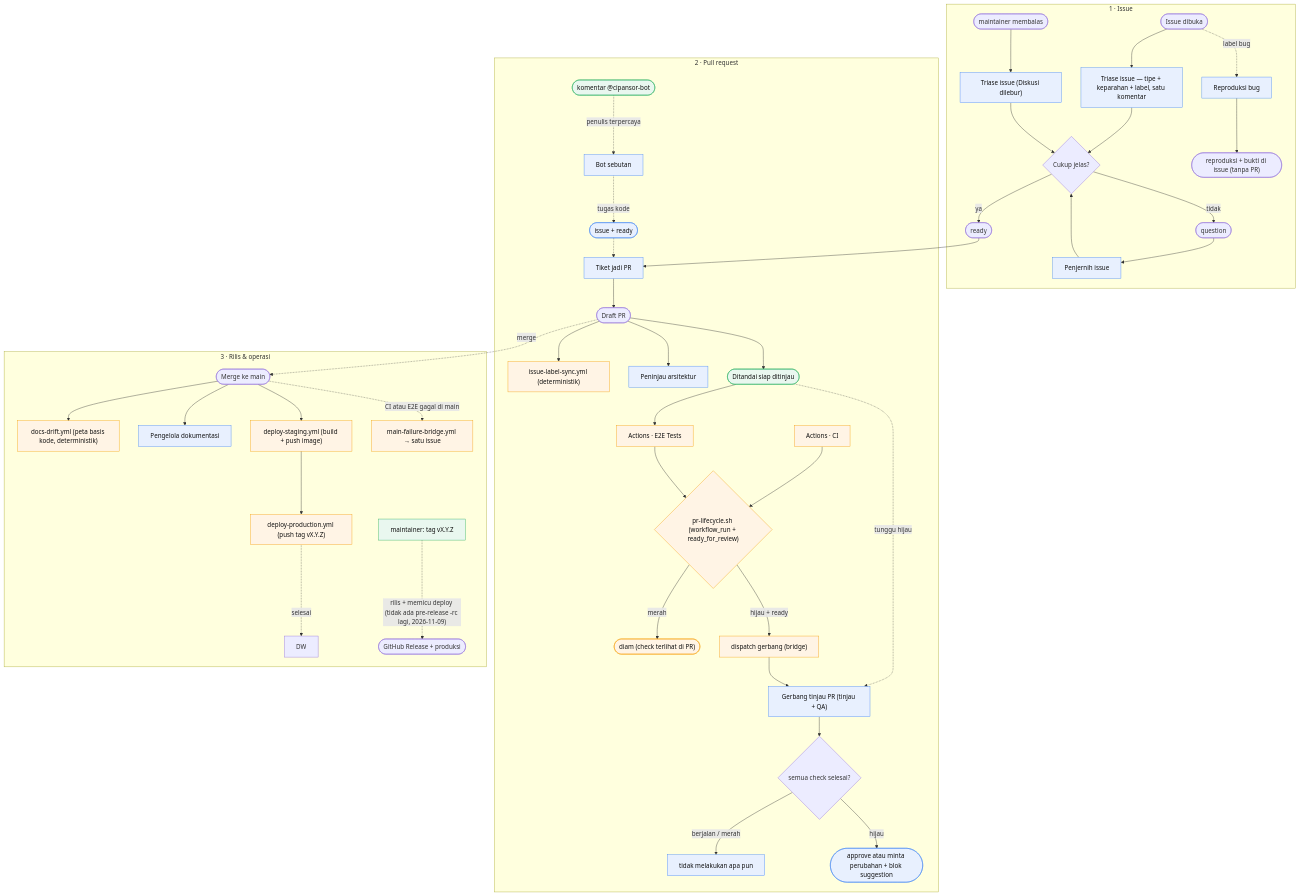
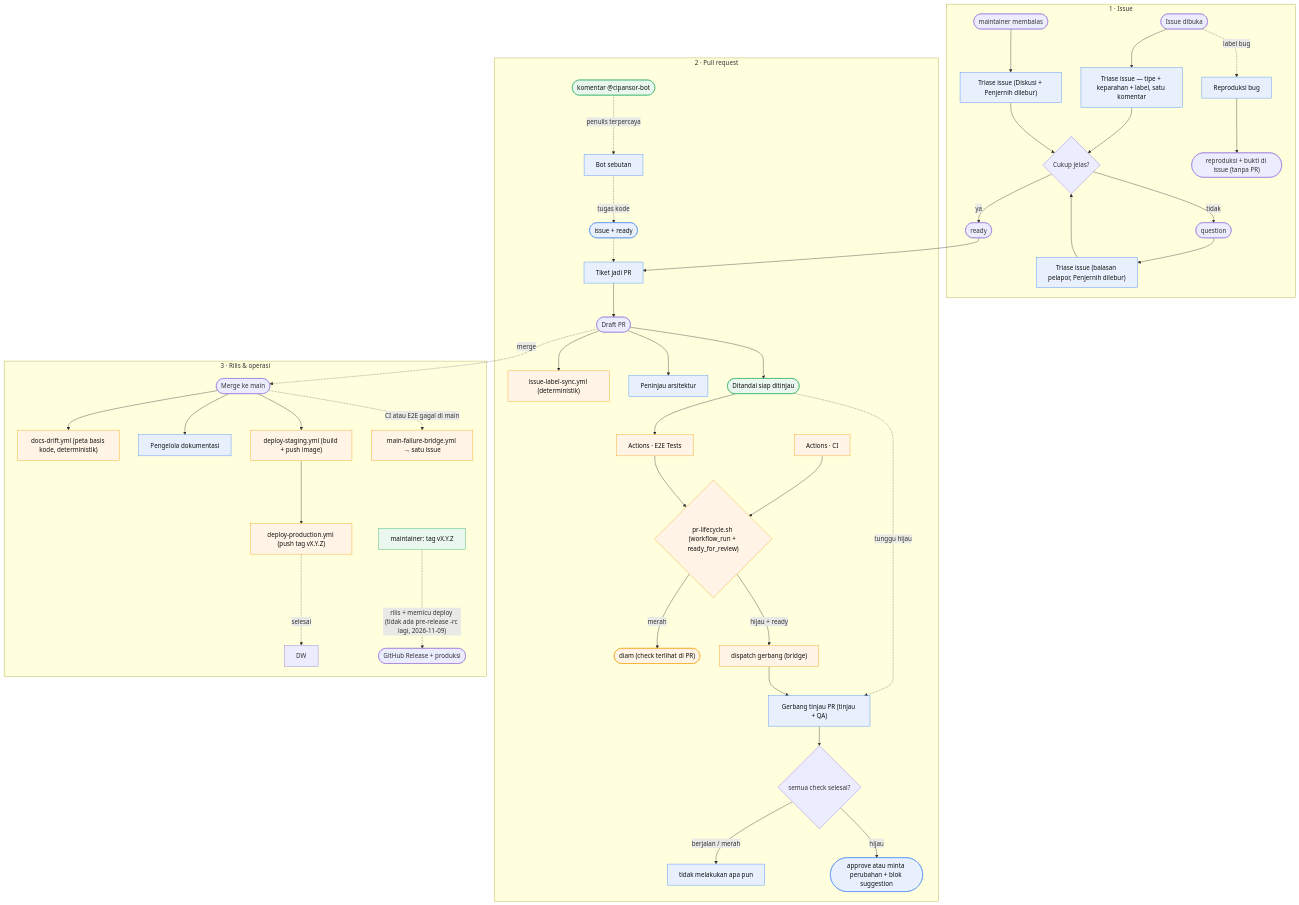
Before and after one commit to cipansor/cipansor: the second of 6 diagrams in docs/SDLC-FLOW.md, drawn with Mermaid. The commit also changed other lines of this file and 7 other files, not shown here.

````diff
--- a/docs/SDLC-FLOW.md
+++ b/docs/SDLC-FLOW.md
@@ -488,47 +491,47 @@
 ```mermaid
 flowchart TB
   classDef cloud fill:#e8f0fe,stroke:#4285f4,color:#111;
   classDef gh fill:#fff4e5,stroke:#f59e0b,color:#111;
   classDef human fill:#e9f7ef,stroke:#27ae60,color:#111;
 
   subgraph ISSUE["1 · Issue"]
     I([Issue dibuka]) --> C3["Triase issue — tipe + keparahan + label, satu komentar"]:::cloud
     C3 --> D{"Cukup jelas?"}
     D -- ya --> R(["ready"])
     D -- tidak --> NI(["question"])
-    NI --> C16["Penjernih issue"]:::cloud --> D
-    PM(["maintainer membalas"]) --> C15["Triase issue (Diskusi dilebur)"]:::cloud --> D
+    NI --> C16["Triase issue (balasan pelapor, Penjernih dilebur)"]:::cloud --> D
+    PM(["maintainer membalas"]) --> C15["Triase issue (Diskusi + Penjernih dilebur)"]:::cloud --> D
     I -. "label bug" .-> C5["Reproduksi bug"]:::cloud
     C5 --> BUG(["reproduksi + bukti di issue (tanpa PR)"])
   end
 
   subgraph PRL["2 · Pull request"]
     R --> C6["Tiket jadi PR"]:::cloud --> DPR([Draft PR])
     MENT(["komentar @cipansor-bot"]):::human -. "penulis terpercaya" .-> C7["Bot sebutan"]:::cloud
     C7 -. "tugas kode" .-> BOT(["issue + ready"]):::cloud -.-> C6
     DPR --> C17["issue-label-sync.yml (deterministik)"]:::gh
     DPR --> C4["Peninjau arsitektur"]:::cloud
     DPR --> RDY(["Ditandai siap ditinjau"]):::human
     RDY -. "tunggu hijau" .-> C18["Gerbang tinjau PR (tinjau + QA)"]:::cloud
     RDY --> GAE["Actions · E2E Tests"]:::gh
     GAC["Actions · CI"]:::gh --> LC{"pr-lifecycle.sh (workflow_run + ready_for_review)"}:::gh
     GAE --> LC
     LC -- "merah" --> RQ(["diam (check terlihat di PR)"]):::gh
     LC -- "hijau + ready" --> DISP["dispatch gerbang (bridge)"]:::gh --> C18
     C18 --> DEC{"semua check selesai?"}
     DEC -- "berjalan / merah" --> NO["tidak melakukan apa pun"]:::cloud
     DEC -- hijau --> AP(["approve atau minta perubahan + blok suggestion"]):::cloud
   end
 
   subgraph REL["3 · Rilis & operasi"]
     DPR -. merge .-> MG([Merge ke main])
     MG --> C3B["docs-drift.yml (peta basis kode, deterministik)"]:::gh
     MG --> C14["Pengelola dokumentasi"]:::cloud
     MG --> STG["deploy-staging.yml (build + push image)"]:::gh
     STG --> PROD["deploy-production.yml (push tag vX.Y.Z)"]:::gh
     PROD -. "selesai" .-> DW
     MG -. "CI atau E2E gagal di main" .-> BR["main-failure-bridge.yml → satu issue"]:::gh
     C13["maintainer: tag vX.Y.Z"]:::human
     C13 -. "rilis + memicu deploy (tidak ada pre-release -rc lagi, 2026-11-09)" .-> REL2(["GitHub Release + produksi"])
   end
 ```
````
